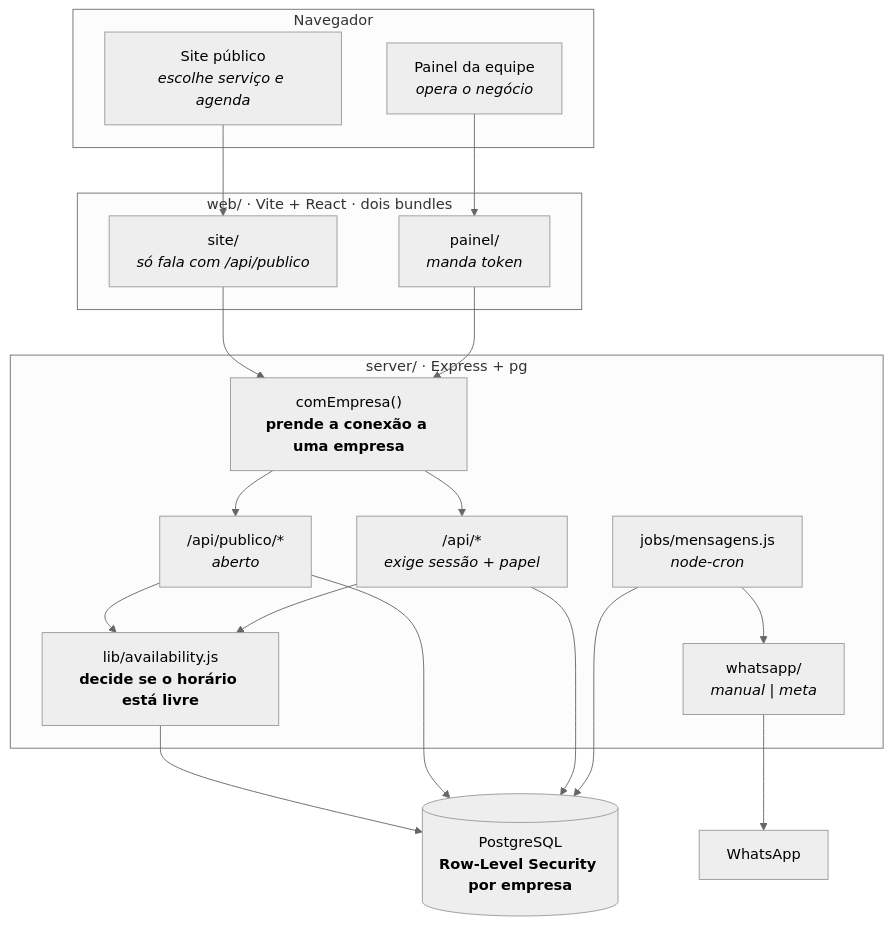
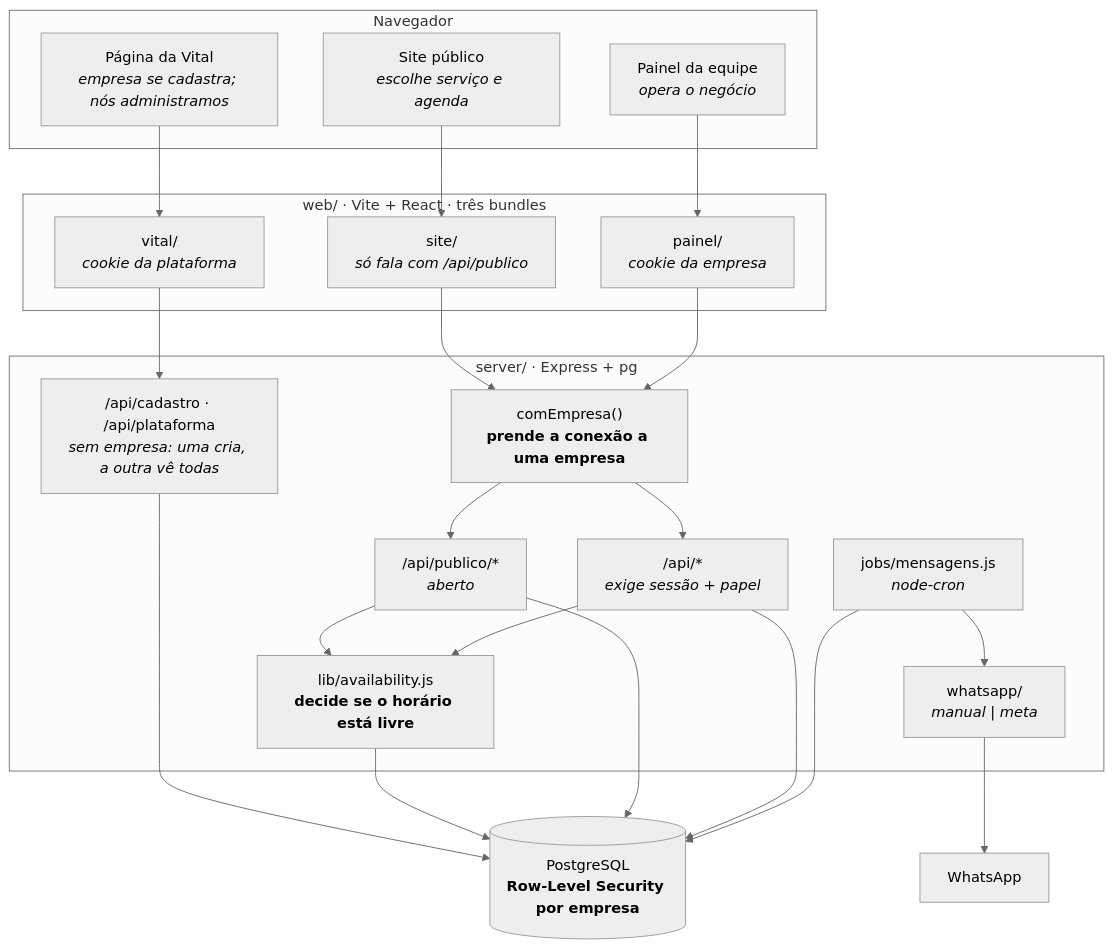
One commit to victortalvarenga-arch/Vital changed the first of 2 diagrams in ARQUITETURA.md. Above: the diagram before and after it, drawn with Mermaid (neutral theme). The commit also changed other lines of this file and 18 other files, not shown here.

````diff
--- a/ARQUITETURA.md
+++ b/ARQUITETURA.md
@@ -8,39 +8,45 @@
 ```mermaid
 flowchart TB
     subgraph nav["Navegador"]
         site["Site público<br><i>escolhe serviço e agenda</i>"]
         painel["Painel da equipe<br><i>opera o negócio</i>"]
+        vital["Página da Vital<br><i>empresa se cadastra; nós administramos</i>"]
     end
 
-    subgraph front["web/ · Vite + React · dois bundles"]
+    subgraph front["web/ · Vite + React · três bundles"]
         site2["site/<br><i>só fala com /api/publico</i>"]
-        painel2["painel/<br><i>manda token</i>"]
+        painel2["painel/<br><i>cookie da empresa</i>"]
+        vital2["vital/<br><i>cookie da plataforma</i>"]
     end
 
     subgraph back["server/ · Express + pg"]
+        semEmp["/api/cadastro · /api/plataforma<br><i>sem empresa: uma cria, a outra vê todas</i>"]
         emp["comEmpresa()<br><b>prende a conexão a uma empresa</b>"]
         publico["/api/publico/*<br><i>aberto</i>"]
         privado["/api/*<br><i>exige sessão + papel</i>"]
         motor["lib/availability.js<br><b>decide se o horário está livre</b>"]
         fila["jobs/mensagens.js<br><i>node-cron</i>"]
         prov["whatsapp/<br><i>manual | meta</i>"]
     end
 
     db[("PostgreSQL<br><b>Row-Level Security por empresa</b>")]
     wa["WhatsApp"]
 
     site --> site2
     painel --> painel2
+    vital --> vital2
     site2 --> emp
     painel2 --> emp
+    vital2 --> semEmp
+    semEmp --> db
     emp --> publico
     emp --> privado
     publico --> motor
     privado --> motor
     motor --> db
     publico --> db
     privado --> db
     fila --> db
     fila --> prov
     prov --> wa
 ```
````
